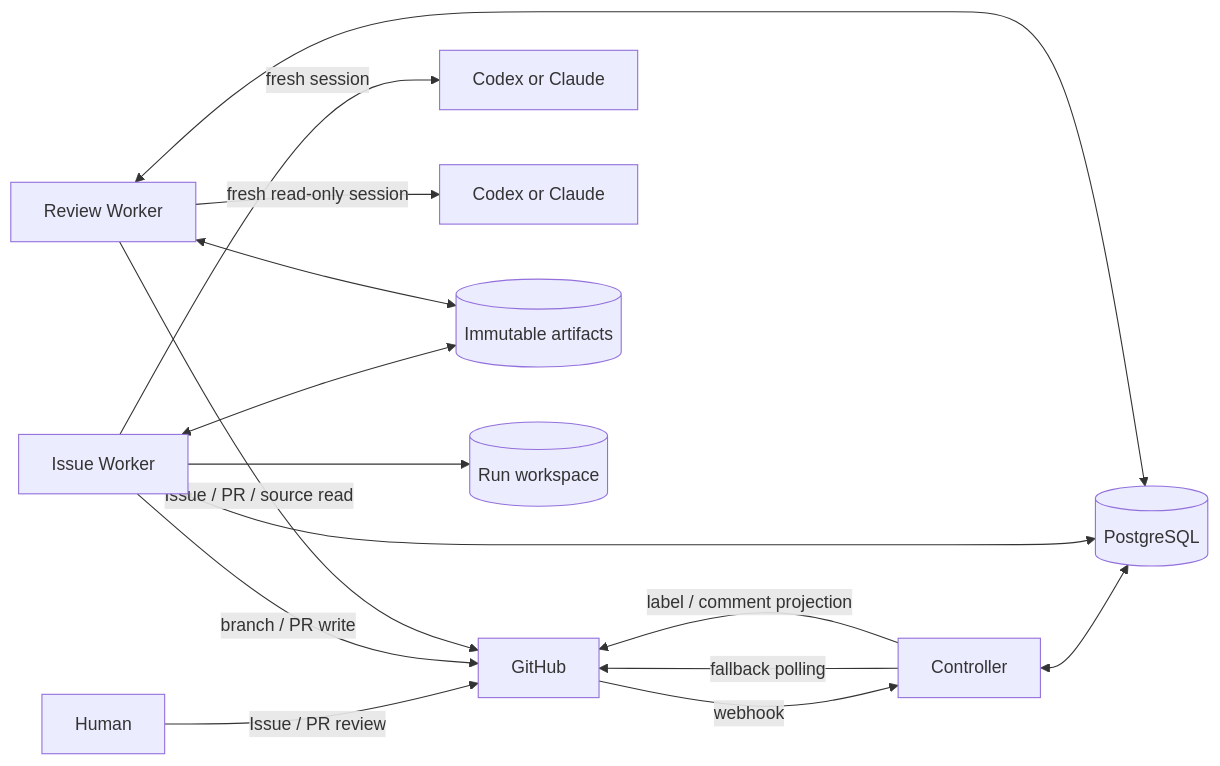
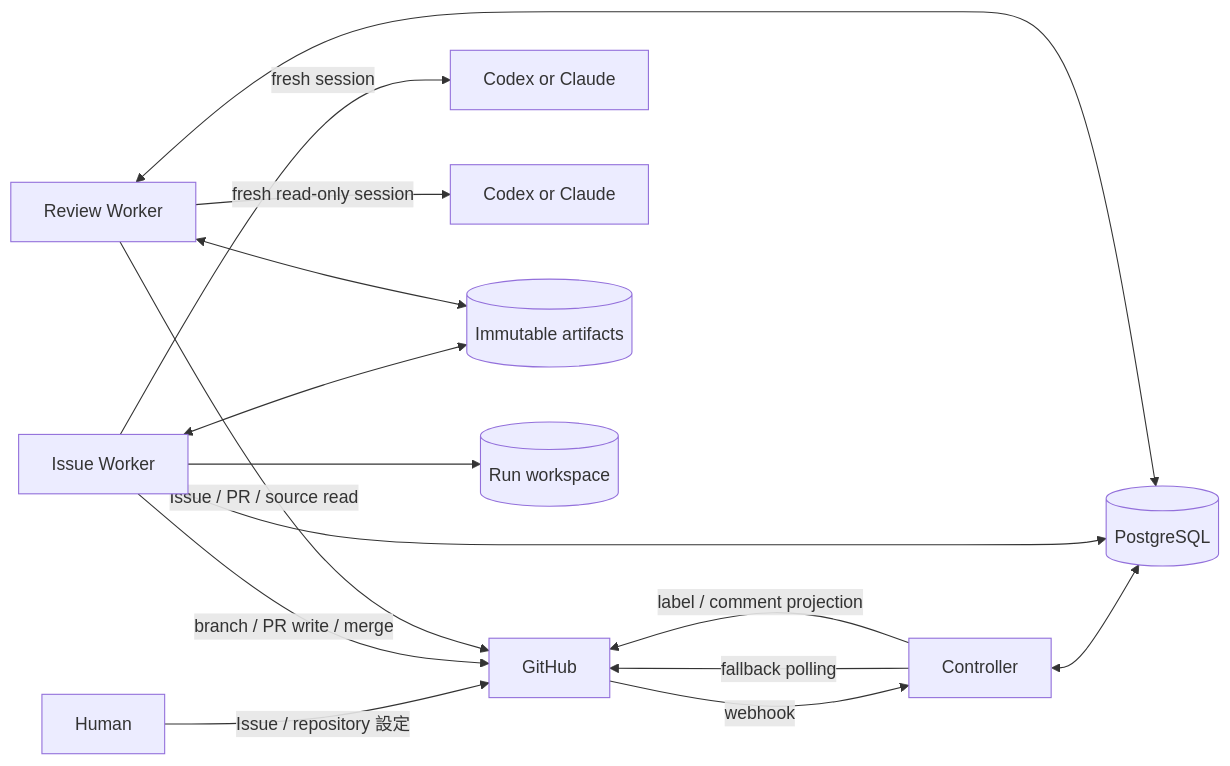
The diagram in docs/spec/03_system-spec/README.md (mrbaron3/kudo), drawn with Mermaid before and after one commit. The commit also changed other lines of this file and 35 other files, not shown here.

````diff
--- a/docs/spec/03_system-spec/README.md
+++ b/docs/spec/03_system-spec/README.md
@@ -45,17 +45,17 @@
 ```mermaid
 flowchart LR
-    H[Human] -->|Issue / PR review| GH[GitHub]
+    H[Human] -->|Issue / repository 設定| GH[GitHub]
     GH -->|webhook| C[Controller]
     C -->|fallback polling| GH
     C <--> DB[(PostgreSQL)]
     IW[Issue Worker] <--> DB
     RW[Review Worker] <--> DB
     C -->|label / comment projection| GH
-    IW -->|branch / PR write| GH
+    IW -->|branch / PR write / merge| GH
     RW -->|Issue / PR / source read| GH
     IW -->|fresh session| IP[Codex or Claude]
     RW -->|fresh read-only session| RP[Codex or Claude]
     IW <--> AS[(Immutable artifacts)]
     RW <--> AS
     IW --> WS[(Run workspace)]
 ```
````
